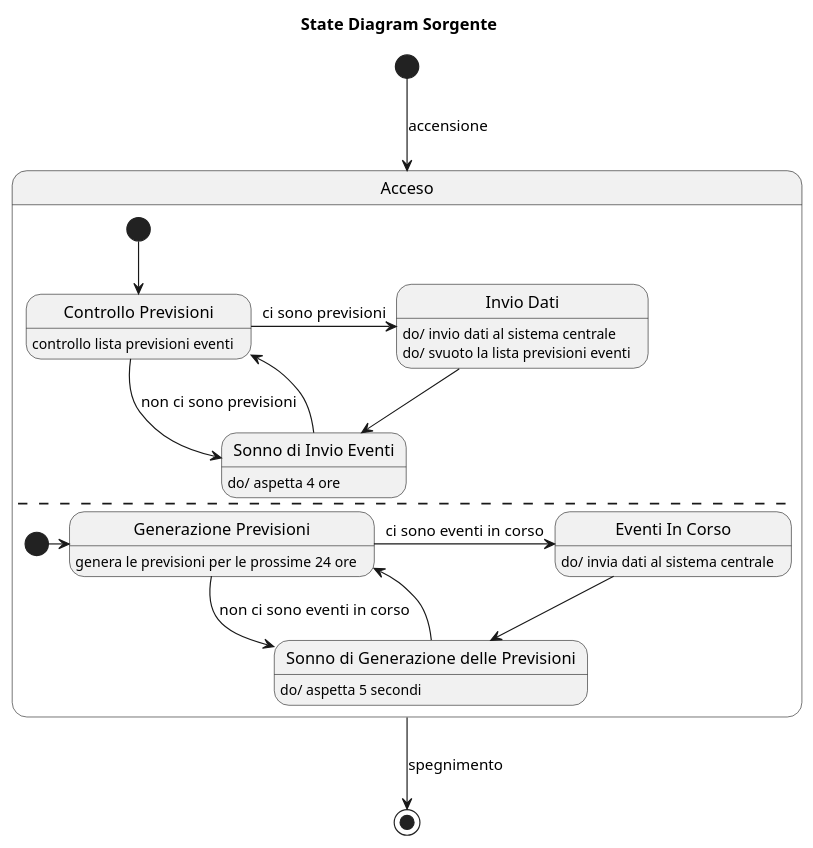
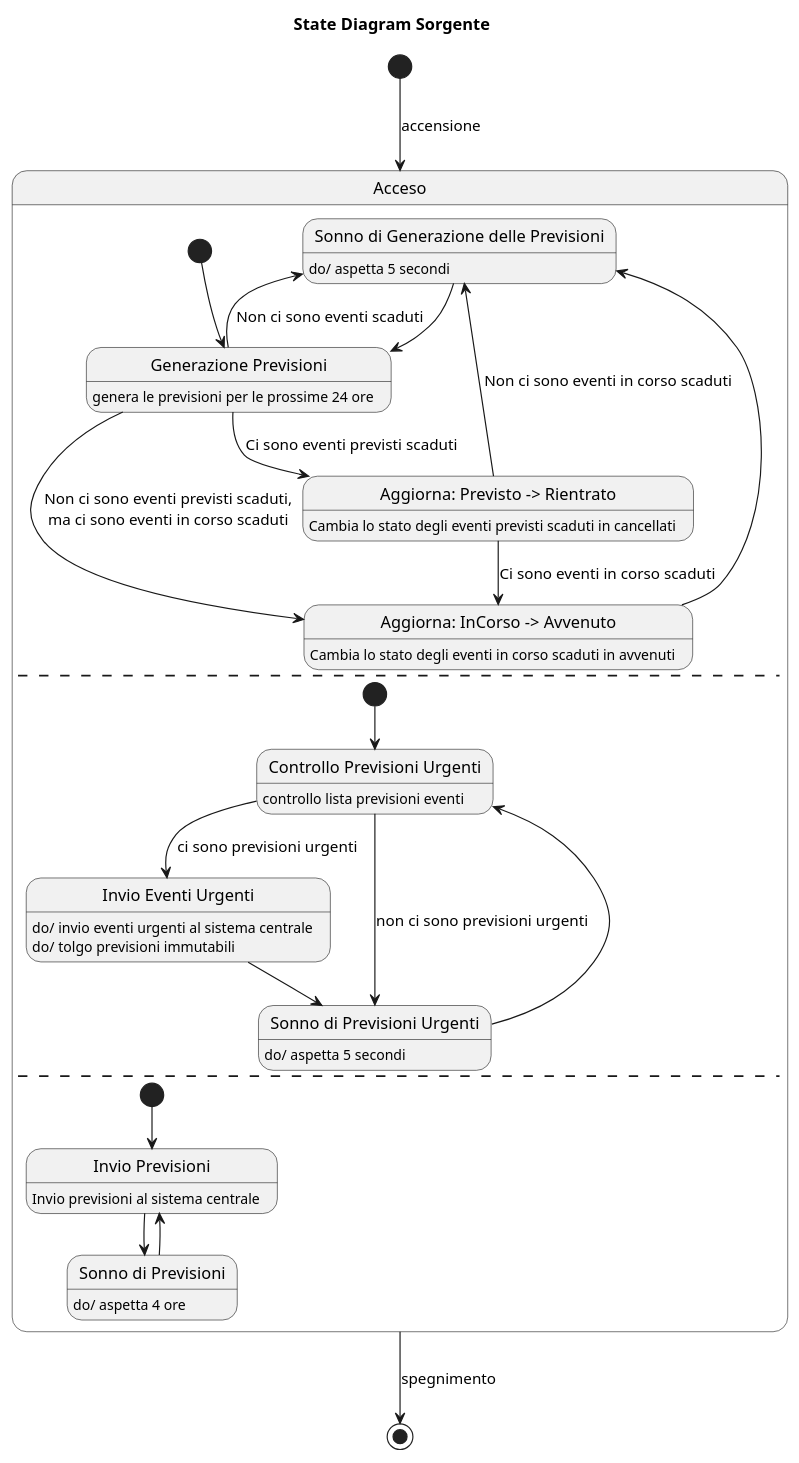
The diagram in UML/src/state/sorgente.puml (xFA25E/sweng_14_2019), drawn with PlantUML before and after one commit.

Commit message:
update source state diagram

```diff
--- a/UML/src/state/sorgente.puml
+++ b/UML/src/state/sorgente.puml
@@ -1,44 +1,65 @@
 @startuml
 title State Diagram Sorgente
 
 [*] --> Acceso: accensione
 
 state Acceso {
-    state "Controllo Previsioni" as ControlloPrevisioni
-    state "Invio Dati" as InvioDati
-    state "Sonno di Invio Eventi" as SonnoEventi
 
-    [*] --> ControlloPrevisioni
+    state "Generazione Previsioni" as GenPrev
+    state "Aggiorna: Previsto -> Rientrato" as AggPrevCanc
+    state "Aggiorna: InCorso -> Avvenuto" as AggCorAvv
+    state "Sonno di Generazione delle Previsioni" as SonnoGen
 
-    ControlloPrevisioni: controllo lista previsioni eventi
-    ControlloPrevisioni -right-> InvioDati: ci sono previsioni
-    ControlloPrevisioni --> SonnoEventi: non ci sono previsioni
+    [*] --> GenPrev
 
-    InvioDati: do/ invio dati al sistema centrale
-    InvioDati: do/ svuoto la lista previsioni eventi
-    InvioDati --> SonnoEventi
+    GenPrev: genera le previsioni per le prossime 24 ore
+    GenPrev --> AggPrevCanc: Ci sono eventi previsti scaduti
+    GenPrev --> AggCorAvv: Non ci sono eventi previsti scaduti,\nma ci sono eventi in corso scaduti
+    GenPrev --> SonnoGen: Non ci sono eventi scaduti
 
-    SonnoEventi: do/ aspetta 4 ore
-    SonnoEventi --> ControlloPrevisioni
+    AggPrevCanc: Cambia lo stato degli eventi previsti scaduti in cancellati
+    AggPrevCanc --> AggCorAvv: Ci sono eventi in corso scaduti
+    AggPrevCanc --> SonnoGen: Non ci sono eventi in corso scaduti
+
+    AggCorAvv: Cambia lo stato degli eventi in corso scaduti in avvenuti
+    AggCorAvv --> SonnoGen
+
+    SonnoGen: do/ aspetta 5 secondi
+    SonnoGen -> GenPrev
 
     --
 
-    state "Generazione Previsioni" as GenerazionePrevisioni
-    state "Eventi In Corso" as EventiInCorso
-    state "Sonno di Generazione delle Previsioni" as SonnoGenerazione
+    state "Controllo Previsioni Urgenti" as ConPrevUrg
+    state "Invio Eventi Urgenti" as InvioEvtUrg
+    state "Sonno di Previsioni Urgenti" as SonnoPrevUrg
 
-    [*] -right-> GenerazionePrevisioni
+    [*] --> ConPrevUrg
 
-    GenerazionePrevisioni: genera le previsioni per le prossime 24 ore
-    GenerazionePrevisioni -right-> EventiInCorso: ci sono eventi in corso
-    GenerazionePrevisioni --> SonnoGenerazione: non ci sono eventi in corso
+    ConPrevUrg: controllo lista previsioni eventi
+    ConPrevUrg --> InvioEvtUrg: ci sono previsioni urgenti
+    ConPrevUrg --> SonnoPrevUrg: non ci sono previsioni urgenti
 
-    EventiInCorso: do/ invia dati al sistema centrale
-    EventiInCorso --> SonnoGenerazione
+    InvioEvtUrg: do/ invio eventi urgenti al sistema centrale
+    InvioEvtUrg: do/ tolgo previsioni immutabili
+    InvioEvtUrg --> SonnoPrevUrg
 
-    SonnoGenerazione: do/ aspetta 5 secondi
-    SonnoGenerazione -> GenerazionePrevisioni
+    SonnoPrevUrg: do/ aspetta 5 secondi
+    SonnoPrevUrg --> ConPrevUrg
+
+    ---
+
+    state "Invio Previsioni" as InvPrev
+    state "Sonno di Previsioni" as SonnoPrev
+
+    [*] --> InvPrev
+
+    InvPrev: Invio previsioni al sistema centrale
+    InvPrev --> SonnoPrev
+
+    SonnoPrev: do/ aspetta 4 ore
+    SonnoPrev --> InvPrev
+
 }
 
 Acceso --> [*]: spegnimento
 @enduml
```
